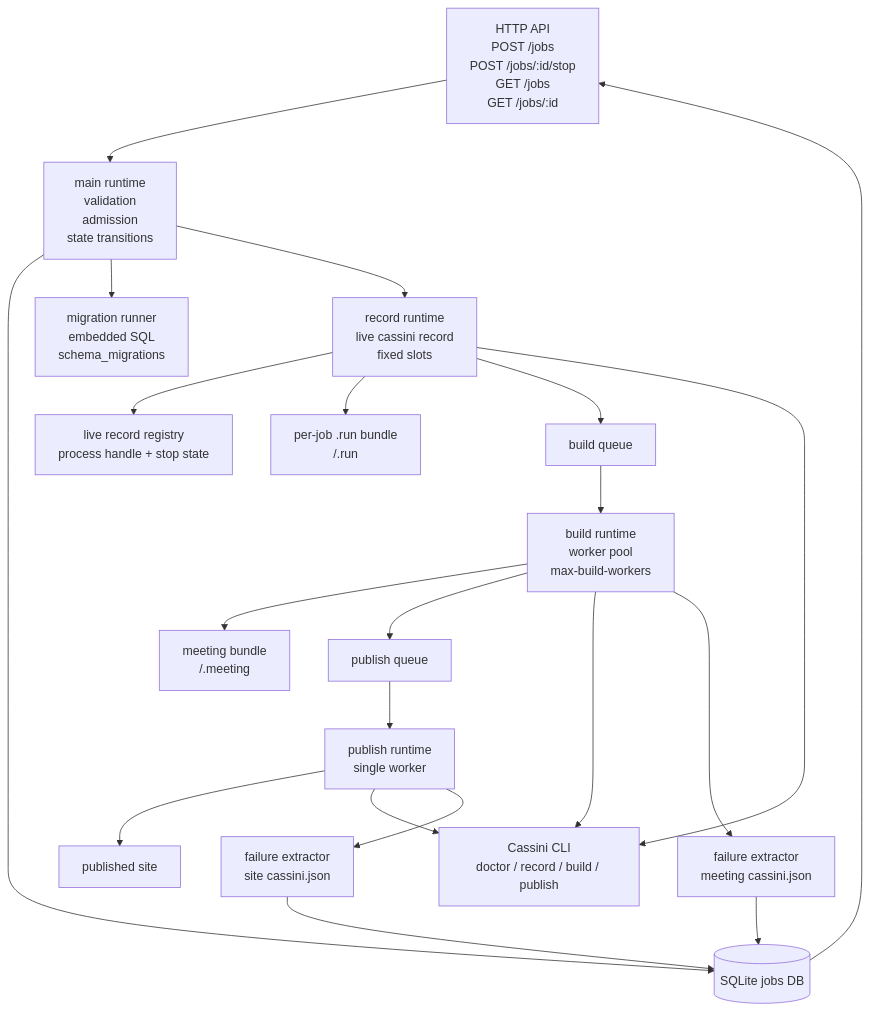
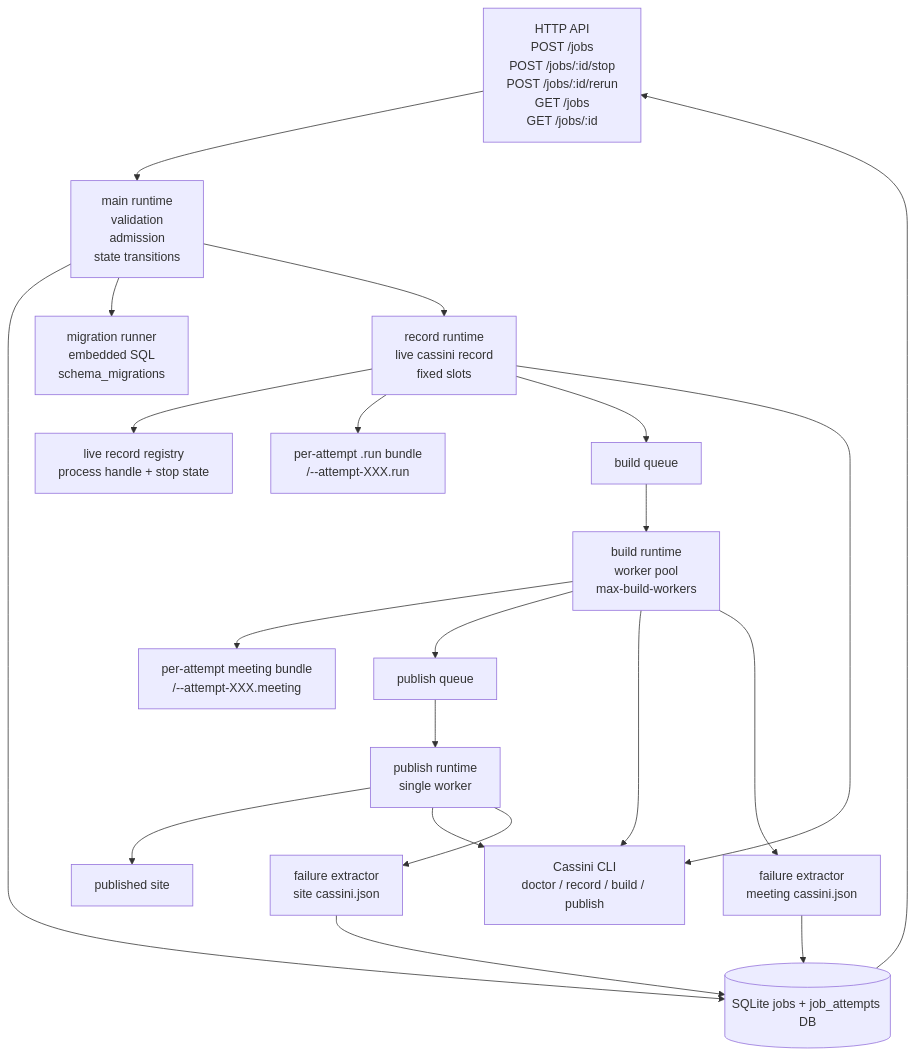
The first of 7 diagrams in cassini-operator/README.md (codemyriad/gocassini), drawn with Mermaid before and after one commit. The commit also changed other lines of this file and 18 other files, not shown here.

First line of the commit message:
D-243 impl slices 1-3: add failure inspection and rerun flow

````diff
--- a/cassini-operator/README.md
+++ b/cassini-operator/README.md
@@ -35,28 +37,28 @@
 ```mermaid
 flowchart TD
-  HTTP["HTTP API\nPOST /jobs\nPOST /jobs/:id/stop\nGET /jobs\nGET /jobs/:id"] --> RT["main runtime\nvalidation\nadmission\nstate transitions"]
-  RT --> DB[("SQLite jobs DB")]
+  HTTP["HTTP API\nPOST /jobs\nPOST /jobs/:id/stop\nPOST /jobs/:id/rerun\nGET /jobs\nGET /jobs/:id"] --> RT["main runtime\nvalidation\nadmission\nstate transitions"]
+  RT --> DB[("SQLite jobs + job_attempts DB")]
   RT --> MIG["migration runner\nembedded SQL\nschema_migrations"]
 
   RT --> REC["record runtime\nlive cassini record\nfixed slots"]
   REC --> REG["live record registry\nprocess handle + stop state"]
-  REC --> RUN["per-job .run bundle\n<work-root>/<job-id>.run"]
+  REC --> RUN["per-attempt .run bundle\n<work-root>/<job-id>--attempt-XXX.run"]
   REC --> BQ["build queue"]
 
   BQ --> BUILD["build runtime\nworker pool\nmax-build-workers"]
-  BUILD --> MEET["meeting bundle\n<work-root>/<job-id>.meeting"]
+  BUILD --> MEET["per-attempt meeting bundle\n<work-root>/<job-id>--attempt-XXX.meeting"]
   BUILD --> PQ["publish queue"]
 
   PQ --> PUB["publish runtime\nsingle worker"]
   PUB --> SITE["published site\n<site-root>"]
 
   REC --> CLI["Cassini CLI\ndoctor / record / build / publish"]
   BUILD --> CLI
   PUB --> CLI
 
   BUILD --> MAN1["failure extractor\nmeeting cassini.json"]
   PUB --> MAN2["failure extractor\nsite cassini.json"]
   MAN1 --> DB
   MAN2 --> DB
   DB --> HTTP
 ```
````
